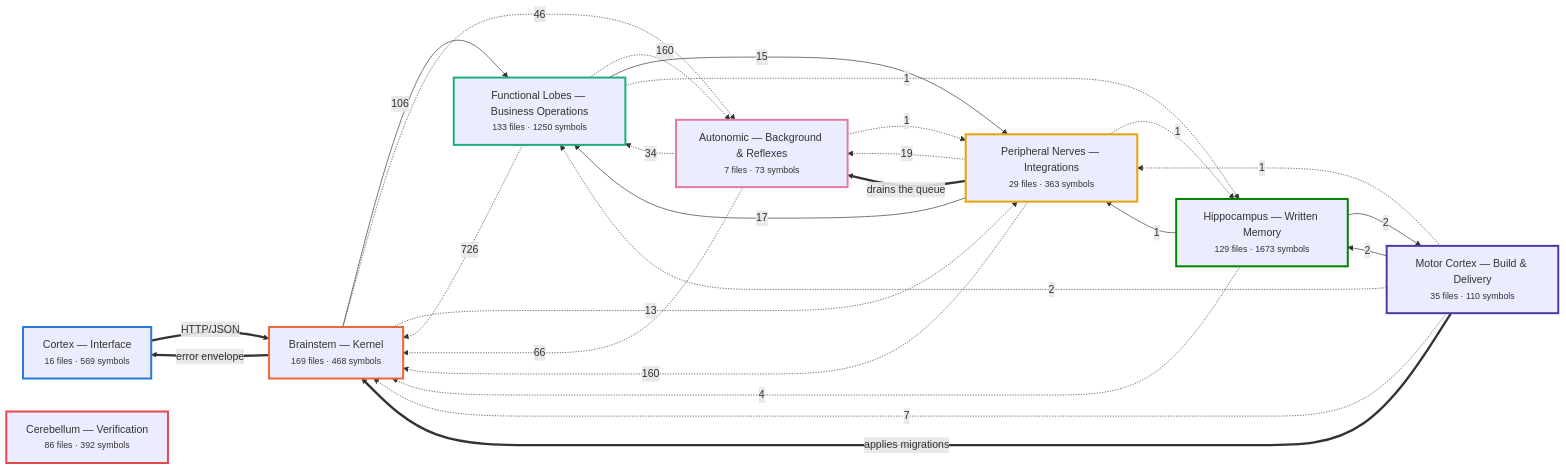
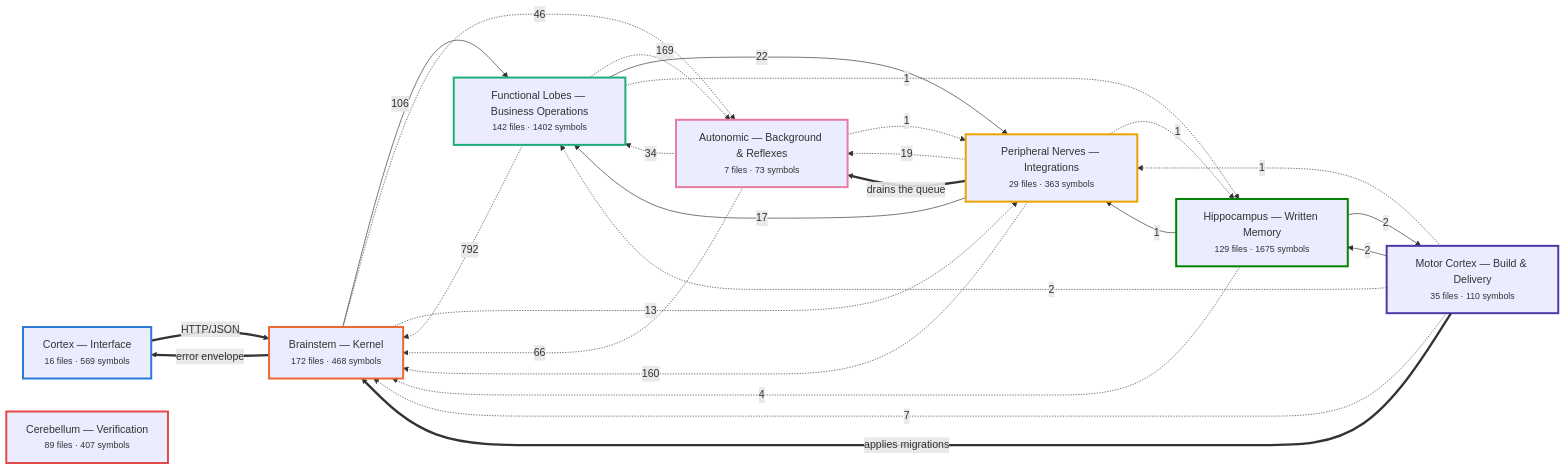
The first of 7 diagrams in docs/brain/BRAIN.md (Vishalnayak226/custom_erp), drawn with Mermaid before and after one commit. The commit also changed other lines of this file and 14 other files, not shown here.

````diff
--- a/docs/brain/BRAIN.md
+++ b/docs/brain/BRAIN.md
@@ -35,52 +35,52 @@
 ```mermaid
 flowchart LR
   n_cortex["Cortex — Interface<br/><small>16 files · 569 symbols</small>"]
-  n_brainstem["Brainstem — Kernel<br/><small>169 files · 468 symbols</small>"]
-  n_business["Functional Lobes — Business Operations<br/><small>133 files · 1250 symbols</small>"]
+  n_brainstem["Brainstem — Kernel<br/><small>172 files · 468 symbols</small>"]
+  n_business["Functional Lobes — Business Operations<br/><small>142 files · 1402 symbols</small>"]
   n_peripheral["Peripheral Nerves — Integrations<br/><small>29 files · 363 symbols</small>"]
   n_autonomic["Autonomic — Background & Reflexes<br/><small>7 files · 73 symbols</small>"]
-  n_memory["Hippocampus — Written Memory<br/><small>129 files · 1673 symbols</small>"]
+  n_memory["Hippocampus — Written Memory<br/><small>129 files · 1675 symbols</small>"]
   n_motor["Motor Cortex — Build & Delivery<br/><small>35 files · 110 symbols</small>"]
-  n_verification["Cerebellum — Verification<br/><small>86 files · 392 symbols</small>"]
-  n_business -.->|726| n_brainstem
-  n_business -.->|160| n_autonomic
+  n_verification["Cerebellum — Verification<br/><small>89 files · 407 symbols</small>"]
+  n_business -.->|792| n_brainstem
+  n_business -.->|169| n_autonomic
   n_peripheral -.->|160| n_brainstem
   n_brainstem -->|106| n_business
   n_autonomic -.->|66| n_brainstem
   n_brainstem -.->|46| n_autonomic
   n_autonomic -.->|34| n_business
+  n_business -->|22| n_peripheral
   n_peripheral -.->|19| n_autonomic
   n_peripheral -->|17| n_business
-  n_business -->|15| n_peripheral
   n_brainstem -.->|13| n_peripheral
   n_motor -.->|7| n_brainstem
   n_memory -.->|4| n_brainstem
+  n_memory -->|2| n_motor
   n_motor -->|2| n_memory
-  n_memory -->|2| n_motor
   n_motor -.->|2| n_business
-  n_memory -->|1| n_peripheral
+  n_business -.->|1| n_memory
   n_peripheral -.->|1| n_memory
   n_motor -.->|1| n_peripheral
+  n_memory -->|1| n_peripheral
   n_autonomic -.->|1| n_peripheral
-  n_business -.->|1| n_memory
   n_brainstem ==>|error envelope| n_cortex
   n_cortex ==>|HTTP/JSON| n_brainstem
   n_motor ==>|applies migrations| n_brainstem
   n_peripheral ==>|drains the queue| n_autonomic
   classDef n_cortex stroke:#2a78d6,stroke-width:3px;
   class n_cortex n_cortex;
   classDef n_brainstem stroke:#eb6834,stroke-width:3px;
   class n_brainstem n_brainstem;
   classDef n_business stroke:#1baf7a,stroke-width:3px;
   class n_business n_business;
   classDef n_peripheral stroke:#eda100,stroke-width:3px;
   class n_peripheral n_peripheral;
   classDef n_autonomic stroke:#e87ba4,stroke-width:3px;
   class n_autonomic n_autonomic;
   classDef n_memory stroke:#008300,stroke-width:3px;
   class n_memory n_memory;
   classDef n_motor stroke:#4a3aa7,stroke-width:3px;
   class n_motor n_motor;
   classDef n_verification stroke:#e34948,stroke-width:3px;
   class n_verification n_verification;
 ```
````
